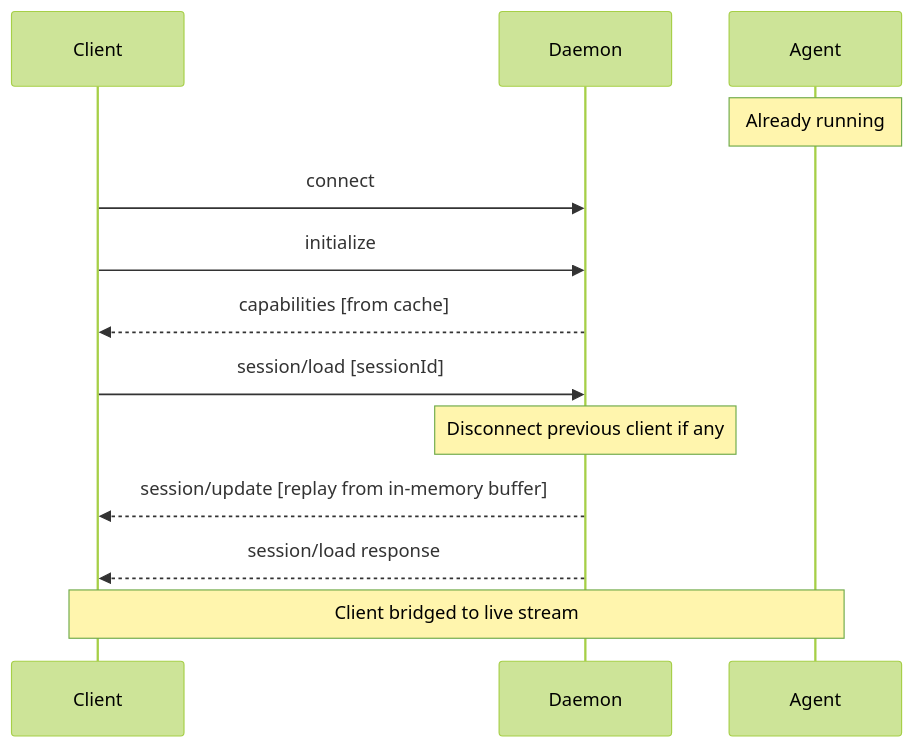
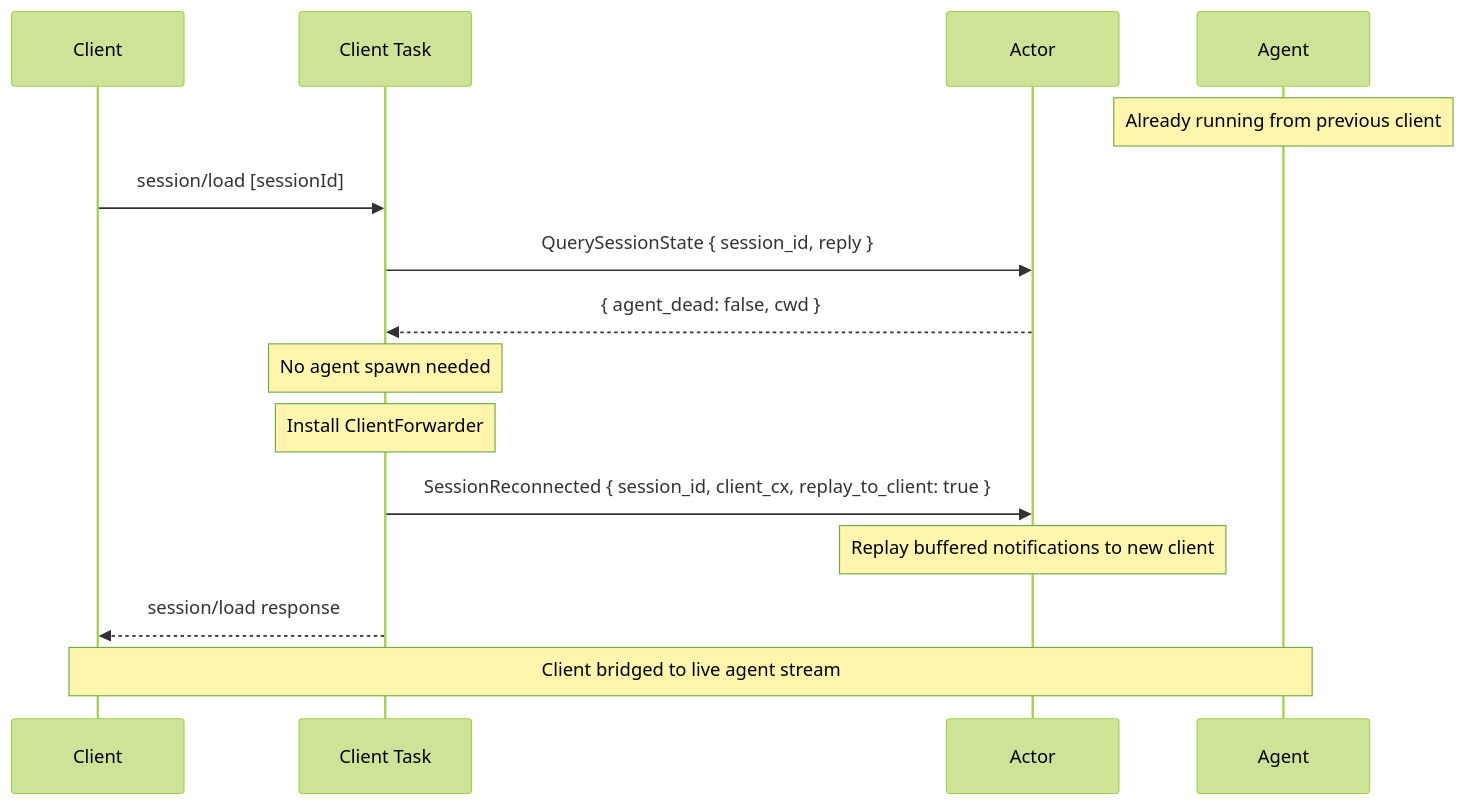
Before and after one commit to sparkle-ai-space/jamsession: the third of 8 diagrams in md/design/sequence_diagrams.md, drawn with Mermaid (forest theme). The commit also changed other lines of this file and 12 other files, not shown here.

````diff
--- a/md/design/sequence_diagrams.md
+++ b/md/design/sequence_diagrams.md
@@ -93,19 +90,20 @@
 ```mermaid
 sequenceDiagram
     participant C as Client
-    participant D as Daemon
-    participant A as Agent
+    participant CT as Client Task
+    participant A as Actor
+    participant Ag as Agent
 
-    Note over A: Already running
+    Note over Ag: Already running from previous client
 
-    C->>D: connect
-    C->>D: initialize
-    D-->>C: capabilities [from cache]
+    C->>CT: session/load [sessionId]
+    CT->>A: QuerySessionState { session_id, reply }
+    A-->>CT: { agent_dead: false, cwd }
+    Note over CT: No agent spawn needed
+    Note over CT: Install ClientForwarder
+    CT->>A: SessionReconnected { session_id, client_cx, replay_to_client: true }
+    Note over A: Replay buffered notifications to new client
+    CT-->>C: session/load response
 
-    C->>D: session/load [sessionId]
-    Note over D: Disconnect previous client if any
-    D-->>C: session/update [replay from in-memory buffer]
-    D-->>C: session/load response
-
-    Note over C,A: Client bridged to live stream
+    Note over C,Ag: Client bridged to live agent stream
 ```
````
